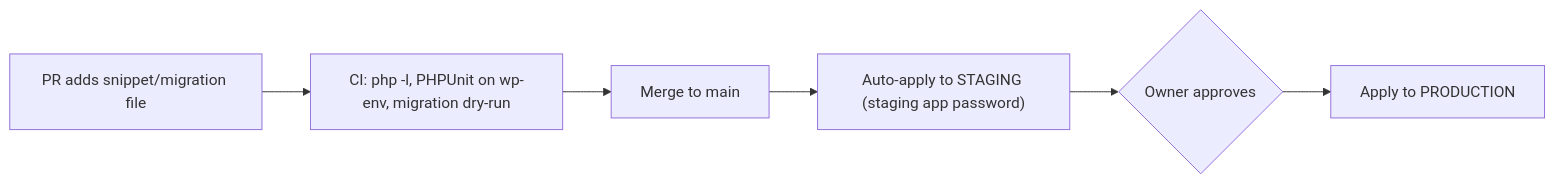
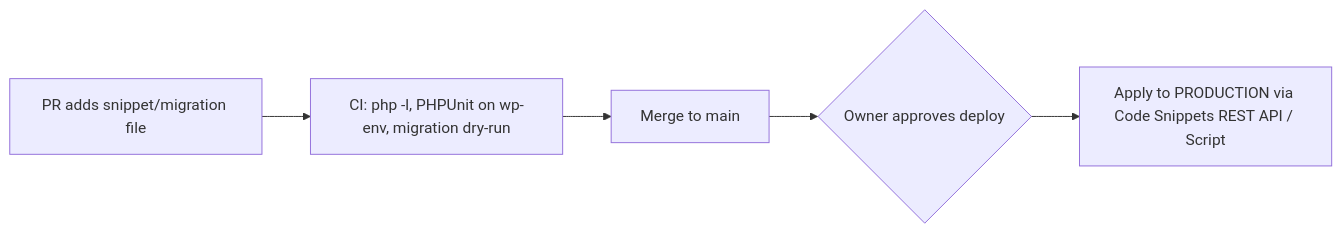
One commit to YQ-Web-Studio/discount-quality-products changed the first of 2 diagrams in docs/specs/2026-10-05-engineering-workflow-design.md. Above: the diagram before and after it, drawn with Mermaid. The commit also changed other lines of this file, not shown here.

Commit message:
[DQP] docs(process): eliminate Bluehost staging in favor of isolated local @wordpress/env

````diff
--- a/docs/specs/2026-10-05-engineering-workflow-design.md
+++ b/docs/specs/2026-10-05-engineering-workflow-design.md
@@ -136,8 +135,7 @@
 ```mermaid
 flowchart LR
   A["PR adds snippet/migration file"] --> B["CI: php -l, PHPUnit on wp-env, migration dry-run"]
   B --> C["Merge to main"]
-  C --> D["Auto-apply to STAGING (staging app password)"]
-  D --> E{"Owner approves"}
-  E --> F["Apply to PRODUCTION"]
+  C --> D{"Owner approves deploy"}
+  D --> E["Apply to PRODUCTION via Code Snippets REST API / Script"]
 ```
````
